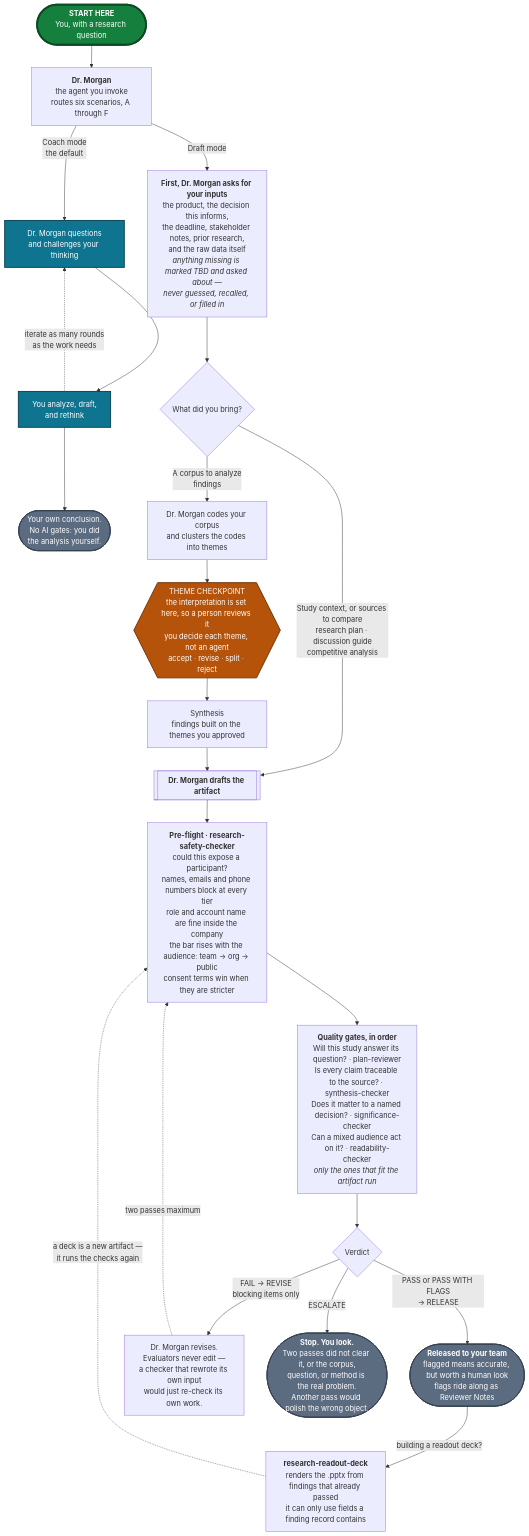
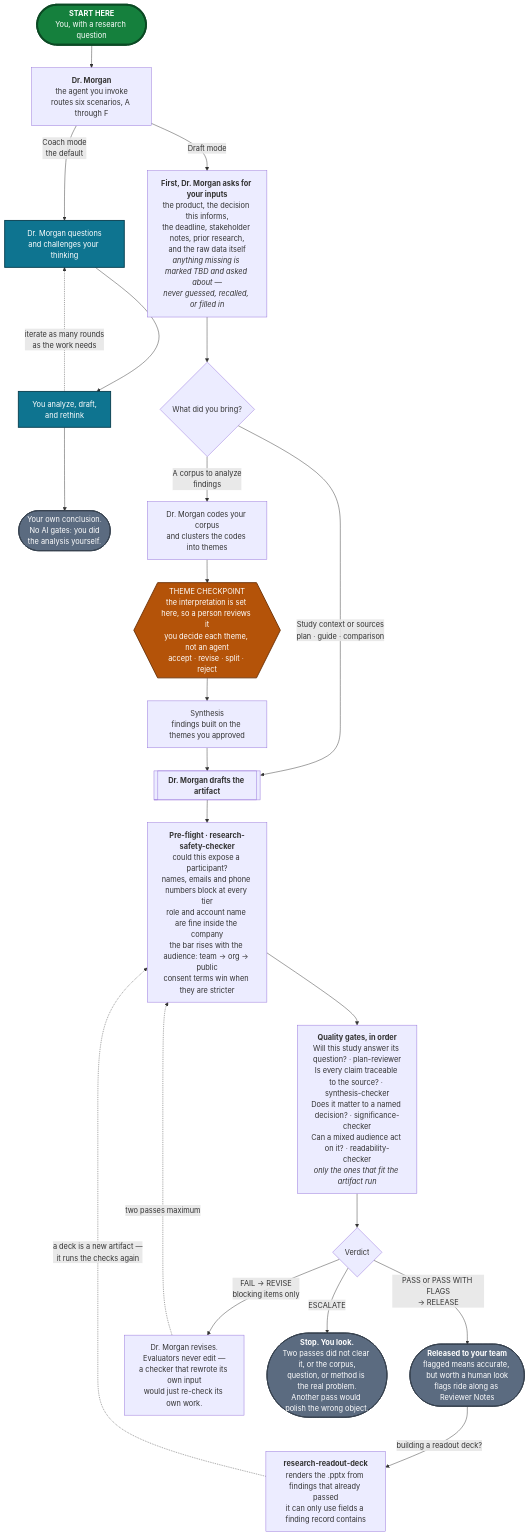
Before and after one commit to kirstenhosic/UX-Research-Skills: the diagram in README.md, drawn with Mermaid.

Commit message:
Tighten the draft-mode fork labels
The left branch label ran three lines and sat out beside the theme checkpoint,
close enough to read as attached to it on first pass. It also did not match its
sibling: one branch named artifacts in full, the other did not.

Both are now two lines with the same shape — what you hand over, then what it
produces. "comparison" is already the diagram's word for a competitive
analysis, from the artifact list this fork replaced.

````diff
--- a/README.md
+++ b/README.md
@@ -90,48 +90,48 @@
 ```mermaid
 flowchart TD
     START(["<b>START HERE</b><br/>You, with a research question"])
     START --> DM
 
     DM["<b>Dr. Morgan</b><br/>the agent you invoke<br/>routes six scenarios, A through F"]
 
     DM -->|"Coach mode<br/>the default"| COACH["Dr. Morgan questions<br/>and challenges your thinking"]
     COACH --> WORK["You analyze, draft,<br/>and rethink"]
     WORK -.->|"iterate as many rounds<br/>as the work needs"| COACH
     WORK --> ENDC(["Your own conclusion.<br/>No AI gates: you did<br/>the analysis yourself."])
 
     DM -->|"Draft mode"| IN["<b>First, Dr. Morgan asks for your inputs</b><br/>the product, the decision this informs,<br/>the deadline, stakeholder notes, prior research,<br/>and the raw data itself<br/><i>anything missing is marked TBD and asked about —<br/>never guessed, recalled, or filled in</i>"]
     IN --> Q{"What did you bring?"}
 
     ART[["<b>Dr. Morgan drafts the artifact</b>"]]
     CL["Dr. Morgan codes your corpus<br/>and clusters the codes into themes"]
 
-    Q -->|"Study context, or sources to compare<br/>research plan · discussion guide<br/>competitive analysis"| ART
+    Q -->|"Study context or sources<br/>plan · guide · comparison"| ART
     Q -->|"A corpus to analyze<br/>findings"| CL
 
     CL --> TC{{"THEME CHECKPOINT<br/>the interpretation is set here, so a person reviews it<br/>you decide each theme, not an agent<br/>accept · revise · split · reject"}}
     TC --> SY["Synthesis<br/>findings built on the themes you approved"]
     SY --> ART
 
     ART --> PF["<b>Pre-flight · research-safety-checker</b><br/>could this expose a participant?<br/>names, emails and phone numbers block at every tier<br/>role and account name are fine inside the company<br/>the bar rises with the audience: team → org → public<br/>consent terms win when they are stricter"]
     PF --> G["<b>Quality gates, in order</b><br/>Will this study answer its question? · plan-reviewer<br/>Is every claim traceable to the source? · synthesis-checker<br/>Does it matter to a named decision? · significance-checker<br/>Can a mixed audience act on it? · readability-checker<br/><i>only the ones that fit the artifact run</i>"]
     G --> V{"Verdict"}
 
     V -->|"PASS or PASS WITH FLAGS<br/>→ RELEASE"| ENDR(["<b>Released to your team</b><br/>flagged means accurate, but worth a human look<br/>flags ride along as Reviewer Notes"])
 
     V -->|"FAIL → REVISE<br/>blocking items only"| RV["Dr. Morgan revises.<br/>Evaluators never edit —<br/>a checker that rewrote its own input<br/>would just re-check its own work."]
     RV -.->|"two passes maximum"| PF
 
     V -->|"ESCALATE"| ENDE(["<b>Stop. You look.</b><br/>Two passes did not clear it, or the corpus,<br/>question, or method is the real problem.<br/>Another pass would polish the wrong object."])
 
     ENDR -->|"building a readout deck?"| SK["<b>research-readout-deck</b><br/>renders the .pptx from findings that already passed<br/>it can only use fields a finding record contains"]
     SK -.->|"a deck is a new artifact —<br/>it runs the checks again"| PF
 
     classDef entry  fill:#15803D,stroke:#0B4A24,stroke-width:4px,color:#FFFFFF
     classDef coach  fill:#0E7490,stroke:#083F4F,stroke-width:2px,color:#FFFFFF
     classDef human  fill:#B45309,stroke:#6E3206,stroke-width:2px,color:#FFFFFF
     classDef ending fill:#5B6B80,stroke:#37424F,stroke-width:2px,color:#FFFFFF
     class START entry
     class COACH,WORK coach
     class TC human
     class ENDC,ENDR,ENDE ending
 ```
````
